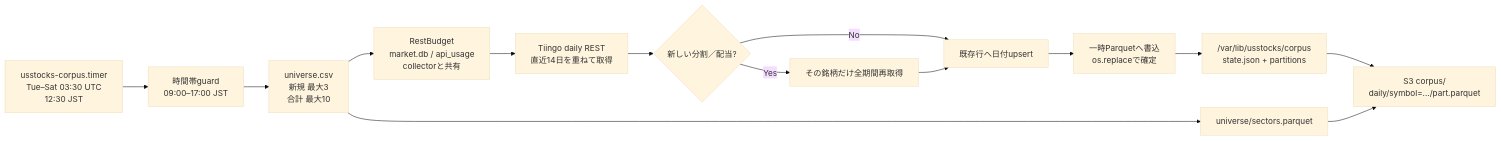
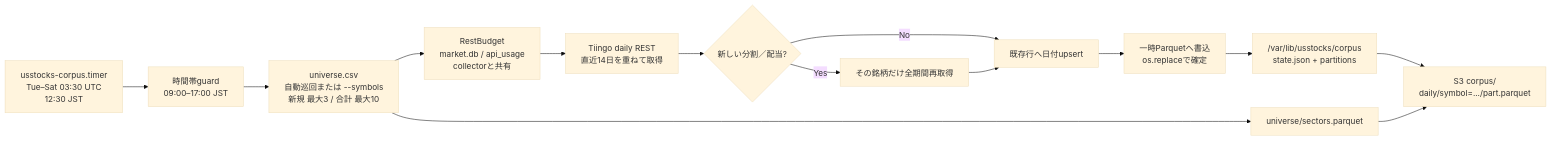
One commit to makechair/spelling-inconsistencies changed diagram 14 of 16 in docs/system-architecture.md. Above: the diagram before and after it, drawn with Mermaid (base theme). The commit also changed other lines of this file and 10 other files, not shown here.

````diff
--- a/docs/system-architecture.md
+++ b/docs/system-architecture.md
@@ -1116,16 +1116,16 @@
 ```mermaid
 flowchart LR
     TIMER["usstocks-corpus.timer<br/>Tue–Sat 03:30 UTC<br/>12:30 JST"] --> GUARD["時間帯guard<br/>09:00–17:00 JST"]
-    GUARD --> SELECT["universe.csv<br/>新規 最大3<br/>合計 最大10"]
+    GUARD --> SELECT["universe.csv<br/>自動巡回または --symbols<br/>新規 最大3 / 合計 最大10"]
     SELECT --> BUDGET["RestBudget<br/>market.db / api_usage<br/>collectorと共有"]
     BUDGET --> DAILY["Tiingo daily REST<br/>直近14日を重ねて取得"]
     DAILY --> ACTION{"新しい分割／配当?"}
     ACTION -->|No| MERGE["既存行へ日付upsert"]
     ACTION -->|Yes| FULL["その銘柄だけ全期間再取得"]
     FULL --> MERGE
     MERGE --> ATOMIC["一時Parquetへ書込<br/>os.replaceで確定"]
     ATOMIC --> LOCAL["/var/lib/usstocks/corpus<br/>state.json + partitions"]
     LOCAL --> S3["S3 corpus/<br/>daily/symbol=.../part.parquet"]
     SELECT --> SECTORS["universe/sectors.parquet"]
     SECTORS --> S3
 ```
````
